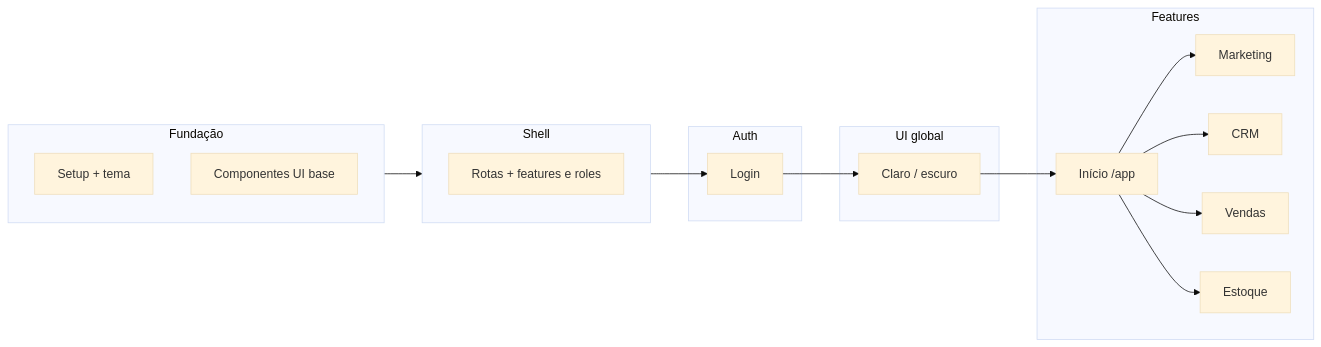
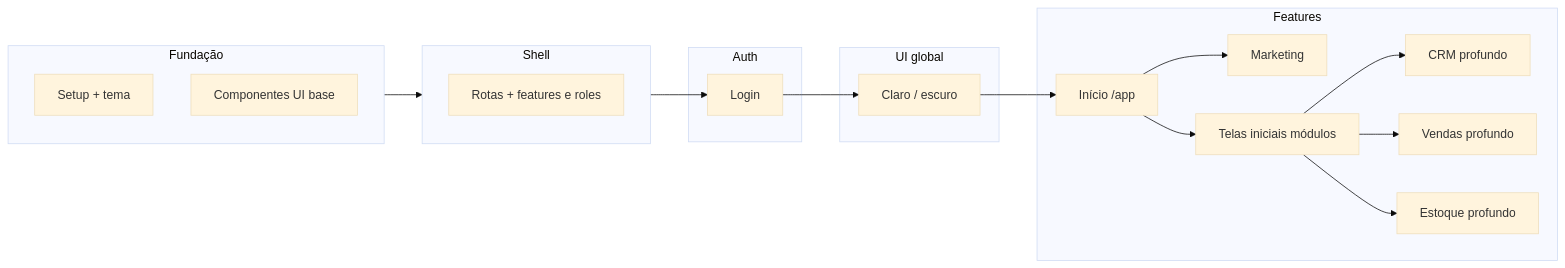
Before and after one commit to IgorCooli/instituto-renata-fe: the diagram in docs/PLAN.md, drawn with Mermaid (base theme). The commit also changed other lines of this file and 13 other files, not shown here.

````diff
--- a/docs/PLAN.md
+++ b/docs/PLAN.md
@@ -7,31 +7,33 @@
 ```mermaid
 flowchart LR
   subgraph foundation [Fundação]
     F1[Setup + tema]
     F2[Componentes UI base]
   end
   subgraph shell [Shell]
     S1[Rotas + features e roles]
   end
   subgraph auth [Auth]
     A[Login]
   end
   subgraph ui [UI global]
     T[Claro / escuro]
   end
   subgraph features [Features]
     H[Início /app]
     M[Marketing]
-    C[CRM]
-    V[Vendas]
-    E[Estoque]
+    I[Telas iniciais módulos]
+    C[CRM profundo]
+    V[Vendas profundo]
+    E[Estoque profundo]
   end
   foundation --> shell
   shell --> A
   A --> T
   T --> H
   H --> M
-  H --> C
-  H --> V
-  H --> E
+  H --> I
+  I --> C
+  I --> V
+  I --> E
 ```
````
